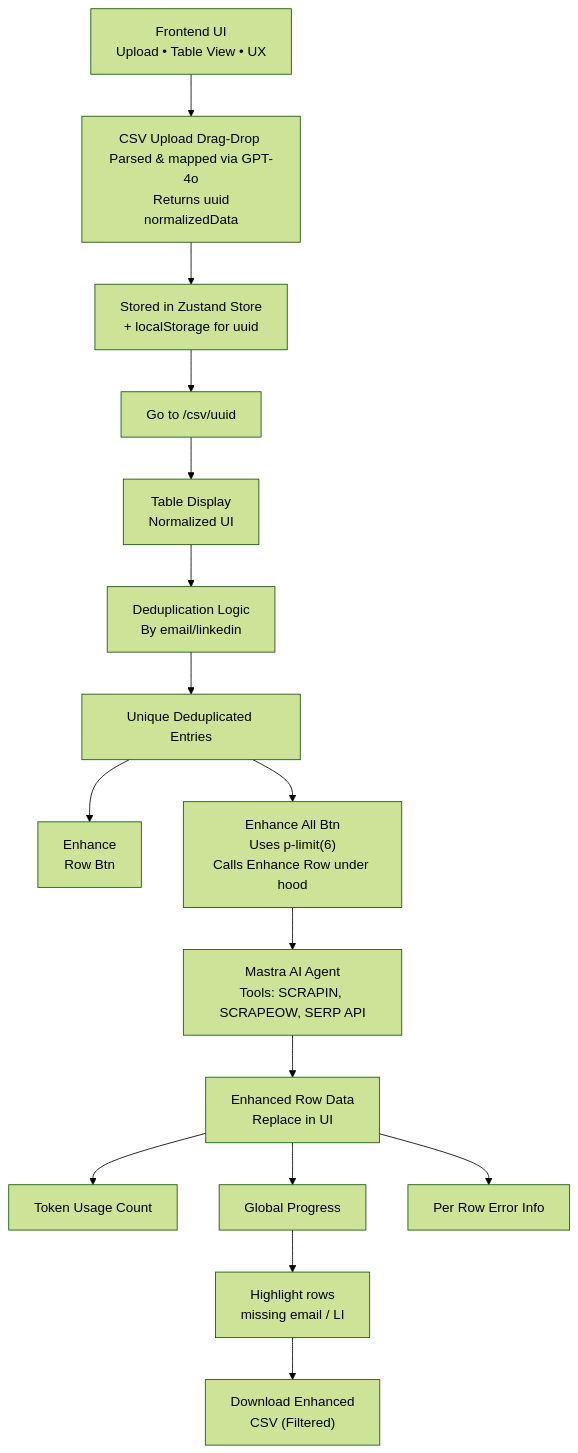
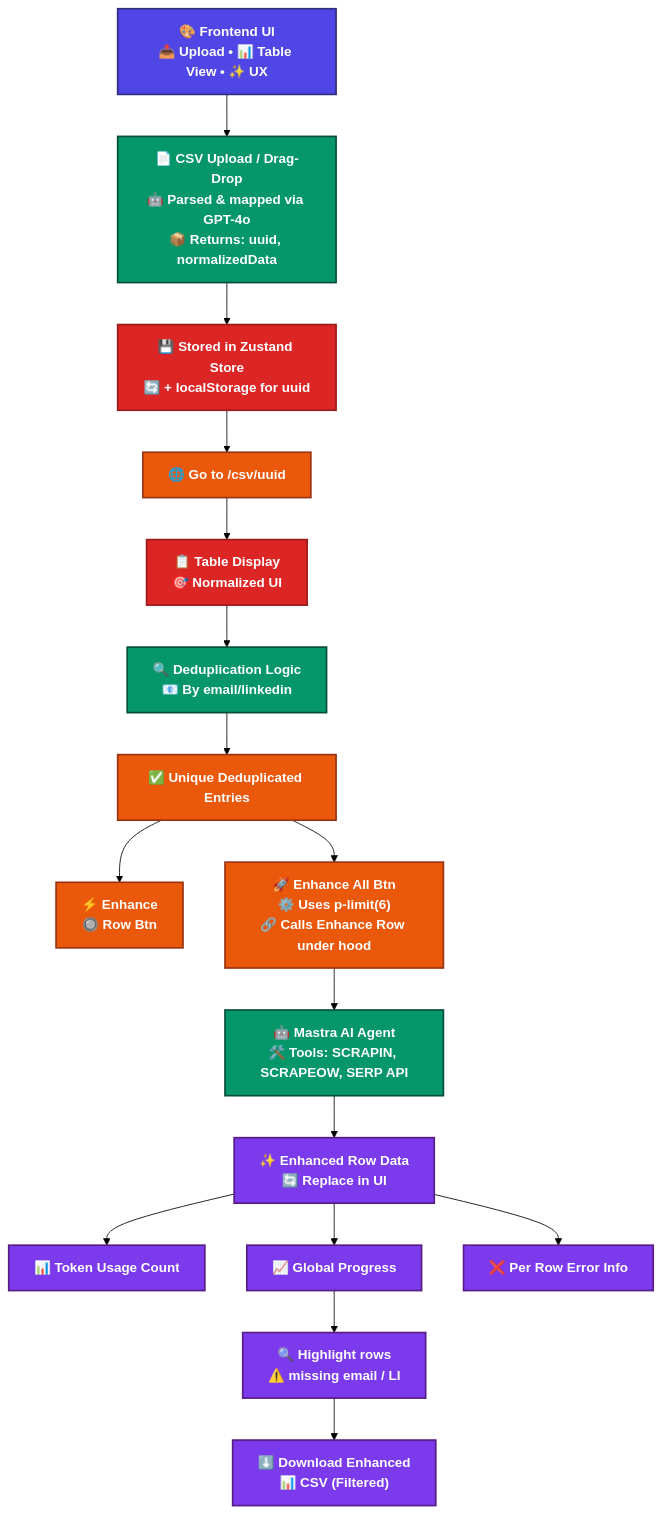
Before and after one commit to dibkb/roger-assignment: the diagram in README.md, drawn with Mermaid (forest theme). The commit also changed other lines of this file, not shown here.

````diff
--- a/README.md
+++ b/README.md
@@ -67,27 +67,31 @@
 ```mermaid
 graph TD
-    A["Frontend UI
-Upload • Table View • UX"] --> B["CSV Upload Drag-Drop Parsed & mapped via GPT-4o
- Returns uuid normalizedData"]
-    B --> C["Stored in Zustand Store
-+ localStorage for uuid"]
-    C --> D["Go to /csv/uuid"]
-    D --> E["Table Display
-Normalized UI"]
-    E --> F["Deduplication Logic
-By email/linkedin"]
-    F --> G["Unique Deduplicated Entries"]
-    G --> H["Enhance
-Row Btn"] & I["Enhance All Btn
-Uses p-limit(6)
-Calls Enhance Row under hood"]
-    I --> J["Mastra AI Agent
-Tools: SCRAPIN, SCRAPEOW, SERP API"]
-    J --> K["Enhanced Row Data
-Replace in UI"]
-    K --> L["Token Usage Count"] & M["Global Progress"] & N["Per Row Error Info"]
-    M --> O["Highlight rows
-missing email / LI"]
-    O --> P["Download Enhanced
-CSV (Filtered)"]
+   A["🎨 Frontend UI<br/>📤 Upload • 📊 Table View • ✨ UX"] --> B["📄 CSV Upload / Drag-Drop<br/>🤖 Parsed & mapped via GPT-4o<br/>📦 Returns: uuid, normalizedData"]
+   B --> C["💾 Stored in Zustand Store<br/>🔄 + localStorage for uuid"]
+   C --> D["🌐 Go to /csv/uuid"]
+   D --> E["📋 Table Display<br/>🎯 Normalized UI"]
+   E --> F["🔍 Deduplication Logic<br/>📧 By email/linkedin"]
+   F --> G["✅ Unique Deduplicated Entries"]
+   G --> H["⚡ Enhance<br/>🔘 Row Btn"]
+   G --> I["🚀 Enhance All Btn<br/>⚙️ Uses p-limit(6)<br/>🔗 Calls Enhance Row under hood"]
+   I --> J["🤖 Mastra AI Agent<br/>🛠️ Tools: SCRAPIN, SCRAPEOW, SERP API"]
+   J --> K["✨ Enhanced Row Data<br/>🔄 Replace in UI"]
+   K --> L["📊 Token Usage Count"]
+   K --> M["📈 Global Progress"]
+   K --> N["❌ Per Row Error Info"]
+   M --> O["🔍 Highlight rows<br/>⚠️ missing email / LI"]
+   O --> P["⬇️ Download Enhanced<br/>📊 CSV (Filtered)"]
+
+   %% Styling
+   classDef primaryNode fill:#4f46e5,stroke:#312e81,stroke-width:2px,color:#fff,font-weight:bold
+   classDef processNode fill:#059669,stroke:#064e3b,stroke-width:2px,color:#fff,font-weight:bold
+   classDef storageNode fill:#dc2626,stroke:#991b1b,stroke-width:2px,color:#fff,font-weight:bold
+   classDef actionNode fill:#ea580c,stroke:#9a3412,stroke-width:2px,color:#fff,font-weight:bold
+   classDef outputNode fill:#7c3aed,stroke:#581c87,stroke-width:2px,color:#fff,font-weight:bold
+
+   class A primaryNode
+   class B,F,J processNode
+   class C,E storageNode
+   class D,G,H,I actionNode
+   class K,L,M,N,O,P outputNode
 ```
````
